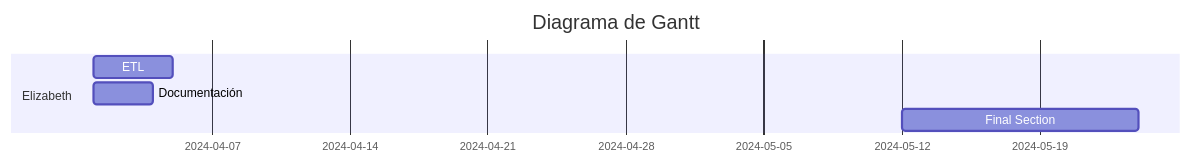
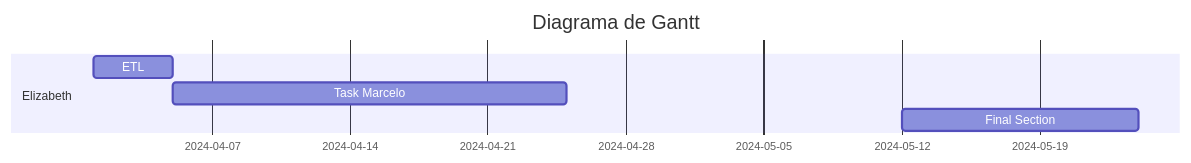
Before and after one commit to Beth-94/testmermaid: the diagram in README.md, drawn with Mermaid.

````diff
--- a/README.md
+++ b/README.md
@@ -8,11 +8,11 @@
 ```mermaid
 gantt
     title Diagrama de Gantt 
 
     section Elizabeth
-    ETL              :a1, 2024-04-01, 4d
-    Documentación     :after a1,2024-04-01, 3d
-    Final Section      : 2024-05-12  , 12d
+    ETL           :a1, 2024-04-01, 4d
+    Task Marcelo    :after a1  , 20d
+    Final Section    : 2024-05-12  , 12d
 
 
 ```
````
